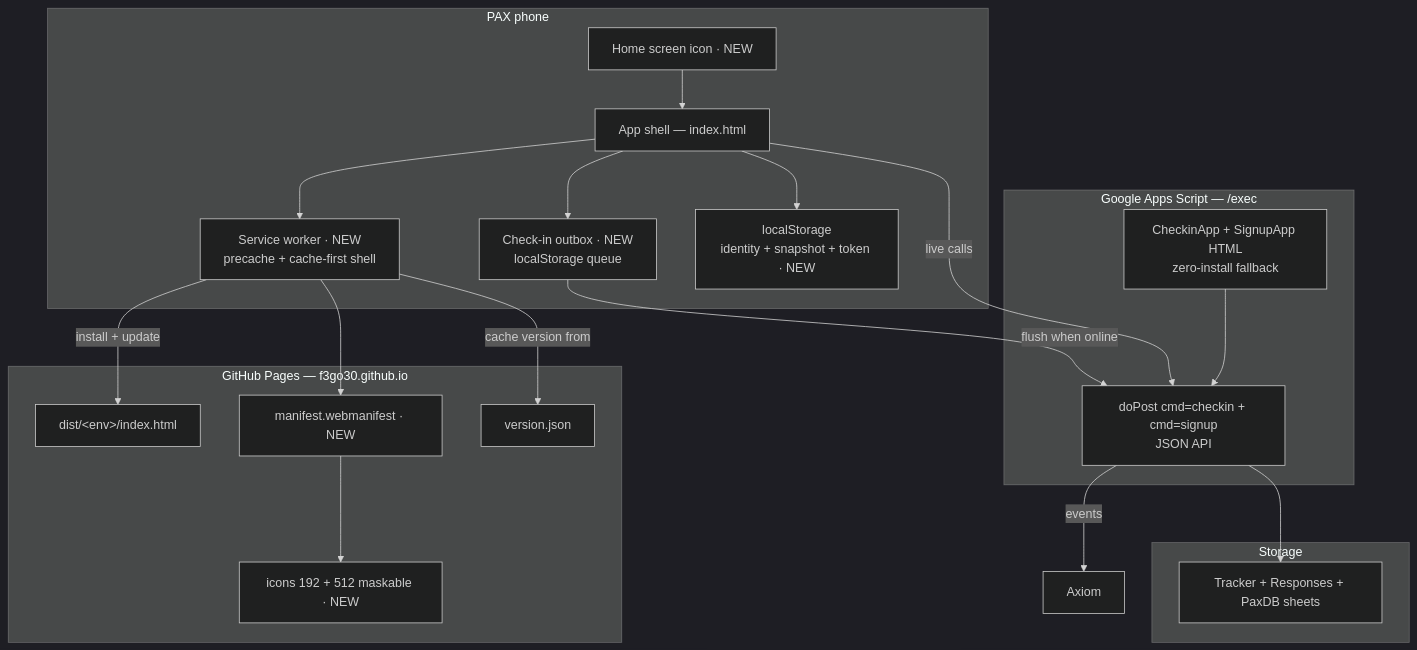
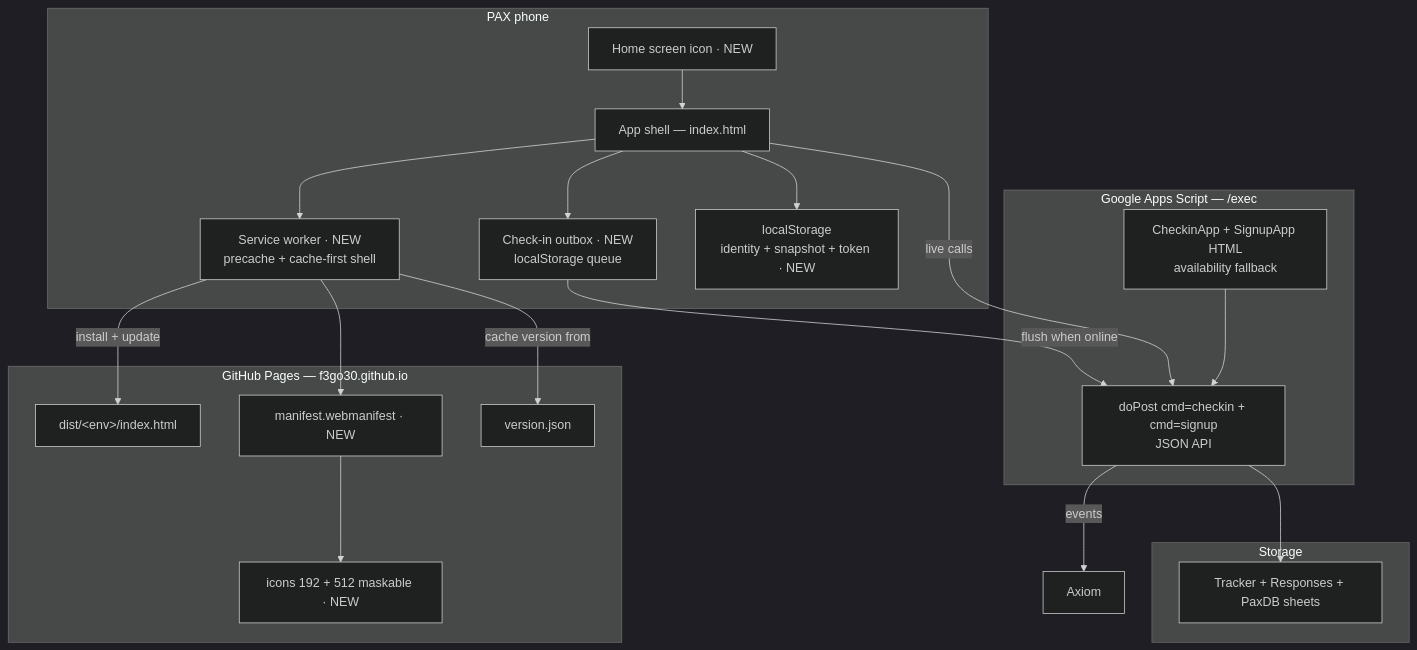
Before and after one commit to stuartdonaldson/F3Go30: the first of 4 diagrams in docs/pwa-design.md, drawn with Mermaid (dark theme). The commit also changed other lines of this file and 12 other files, not shown here.

````diff
--- a/docs/pwa-design.md
+++ b/docs/pwa-design.md
@@ -58,40 +59,40 @@
 ```mermaid
 flowchart TB
     subgraph phone["PAX phone"]
         icon["Home screen icon · NEW"]
         shell["App shell — index.html"]
         sw["Service worker · NEW<br/>precache + cache-first shell"]
         outbox["Check-in outbox · NEW<br/>localStorage queue"]
         store["localStorage<br/>identity + snapshot + token · NEW"]
     end
 
     subgraph pages["GitHub Pages — f3go30.github.io"]
         dist["dist/&lt;env&gt;/index.html"]
         manifest["manifest.webmanifest · NEW"]
         icons["icons 192 + 512 maskable · NEW"]
         ver["version.json"]
     end
 
     subgraph gas["Google Apps Script — /exec"]
         api["doPost cmd=checkin + cmd=signup<br/>JSON API"]
-        gashtml["CheckinApp + SignupApp HTML<br/>zero-install fallback"]
+        gashtml["CheckinApp + SignupApp HTML<br/>availability fallback"]
     end
 
     subgraph data["Storage"]
         sheets["Tracker + Responses + PaxDB sheets"]
     end
 
     icon --> shell
     shell --> sw
     sw -->|"install + update"| dist
     sw --> manifest
     manifest --> icons
     sw -->|"cache version from"| ver
     shell --> store
     shell --> outbox
     outbox -->|"flush when online"| api
     shell -->|"live calls"| api
     api --> sheets
     gashtml --> api
     api -->|"events"| axiom["Axiom"]
 ```
````
